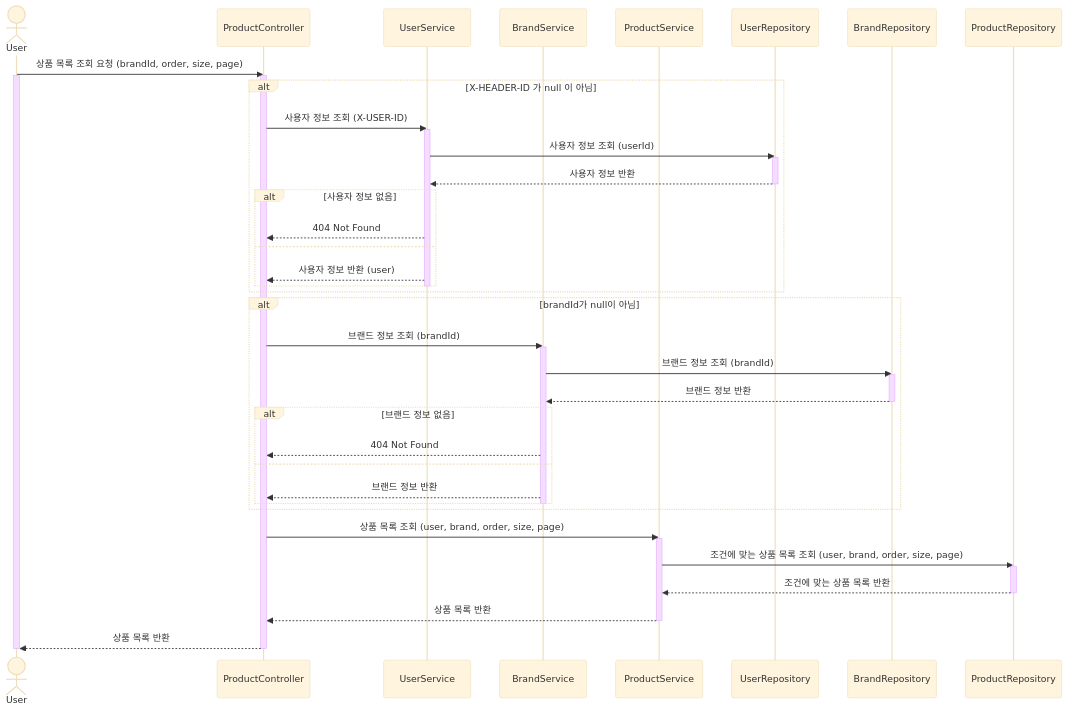
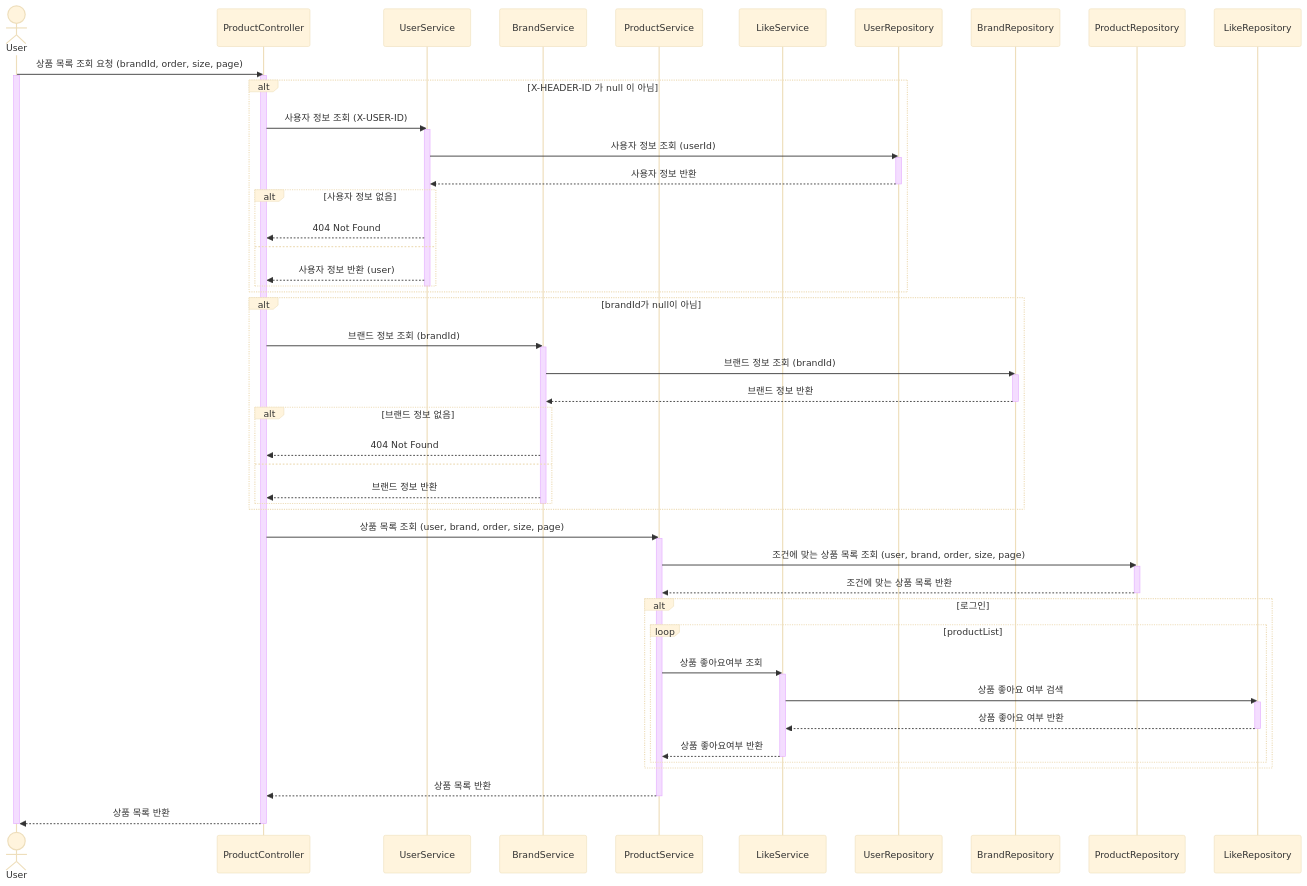
One commit to soyeonnnb/loopers-java-template changed the second of 12 diagrams in docs/design/02-sequence-diagrams.md. Above: the diagram before and after it, drawn with Mermaid (base theme). The commit also changed other lines of this file and 1 other file, not shown here.

Commit message:
docs: 시퀀스 다이어그램/클래스 다이어그램 수정

````diff
--- a/docs/design/02-sequence-diagrams.md
+++ b/docs/design/02-sequence-diagrams.md
@@ -34,56 +37,70 @@
 ```mermaid
 sequenceDiagram
 	actor U as User
 	participant PC as ProductController
 	participant US as UserService
 	participant BS as BrandService
 	participant PS as ProductService
+	participant LS as LikeService
 	participant UR as UserRepository
 	participant BR as BrandRepository
 	participant PR as ProductRepository
+	participant LR as LikeRepository
 
 	U ->> PC: 상품 목록 조회 요청 (brandId, order, size, page)
 	activate U
 		activate PC
 			alt X-HEADER-ID 가 null 이 아님
 				PC ->> US: 사용자 정보 조회 (X-USER-ID)
 				activate US
 					US ->> UR: 사용자 정보 조회 (userId)
 					activate UR
 						UR -->> US: 사용자 정보 반환
 					deactivate UR
 					alt 사용자 정보 없음
 						US -->> PC: 404 Not Found
 					else
 						US -->> PC: 사용자 정보 반환 (user)
 					end
 				deactivate US
 			end
 			alt brandId가 null이 아님
 				PC ->> BS: 브랜드 정보 조회 (brandId)
 				activate BS
 					BS ->> BR: 브랜드 정보 조회 (brandId)
 					activate BR
 						BR -->> BS: 브랜드 정보 반환
 					deactivate BR
 					alt 브랜드 정보 없음
 						BS -->> PC: 404 Not Found
 					else
 						BS -->> PC: 브랜드 정보 반환
 					end
 				deactivate BS
 			end
 
 			PC ->> PS: 상품 목록 조회 (user, brand, order, size, page)
 			activate PS
 				PS ->> PR: 조건에 맞는 상품 목록 조회 (user, brand, order, size, page)
 				activate PR
 					PR -->> PS: 조건에 맞는 상품 목록 반환
 				deactivate PR
+				alt 로그인
+					loop productList
+						PS ->> LS: 상품 좋아요여부 조회
+						activate LS
+						LS ->> LR: 상품 좋아요 여부 검색
+							activate LR
+								LR -->> LS: 상품 좋아요 여부 반환
+							deactivate LR
+						LS -->> PS: 상품 좋아요여부 반환
+						deactivate LS
+					end
+				end
 				PS -->> PC: 상품 목록 반환
 			deactivate PS
 		PC -->> U: 상품 목록 반환
 		deactivate PC
 	deactivate U
 
 ```
````
